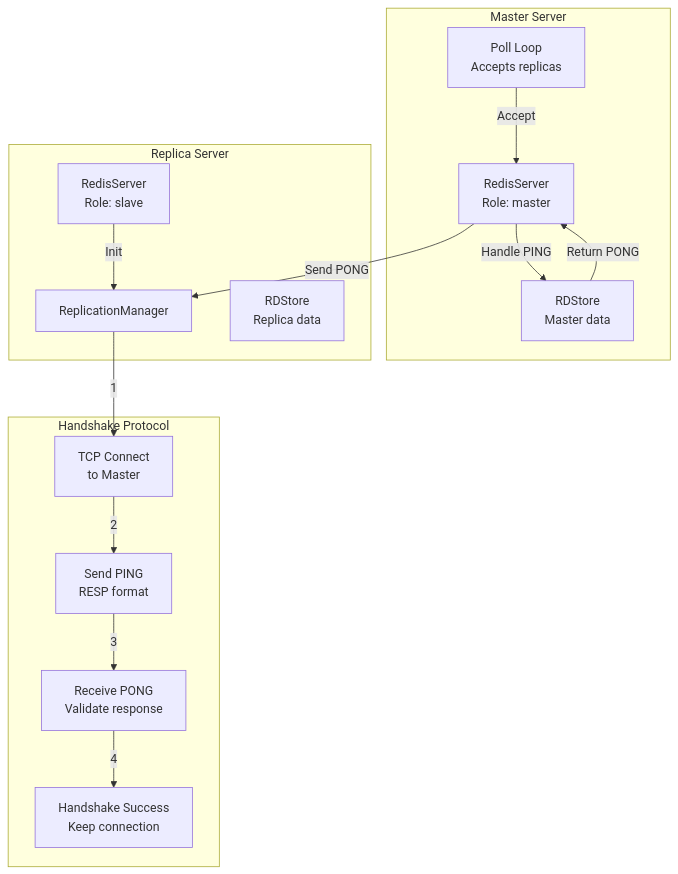
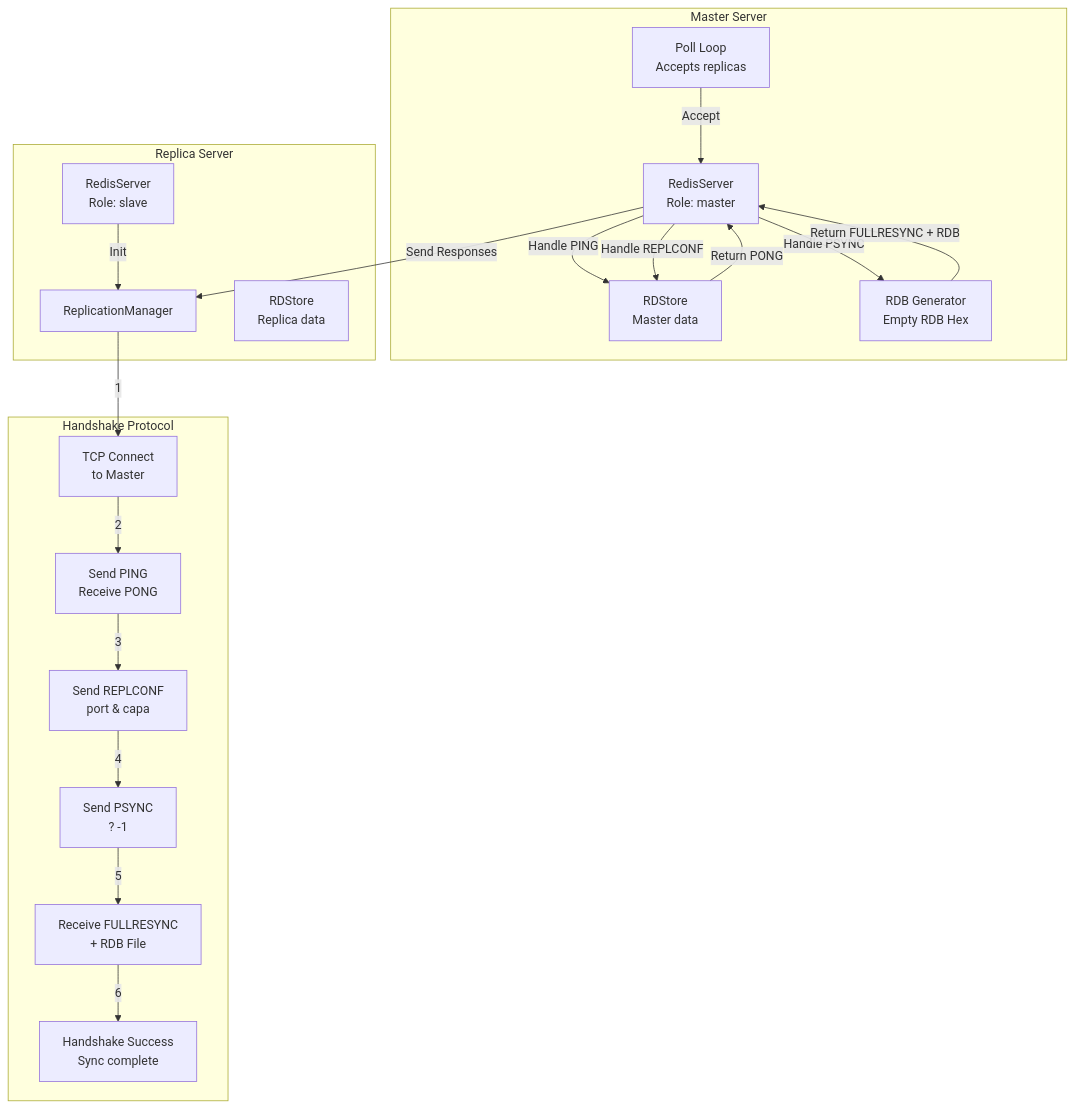
Before and after one commit to jsparrow08/redis-cpp: diagram 11 of 11 in src/CURRENT_ARCHITECTURE.md, drawn with Mermaid. The commit also changed 12 other files, not shown here.

````diff
--- a/src/CURRENT_ARCHITECTURE.md
+++ b/src/CURRENT_ARCHITECTURE.md
@@ -327,32 +327,40 @@
 ```mermaid
 graph TB
     subgraph "Master Server"
         MASTER_SERVER["RedisServer<br/>Role: master"]
         MASTER_STORE["RDStore<br/>Master data"]
         MASTER_POLL["Poll Loop<br/>Accepts replicas"]
+        MASTER_RDB["RDB Generator<br/>Empty RDB Hex"]
     end
 
     subgraph "Replica Server"
         REPLICA_SERVER["RedisServer<br/>Role: slave"]
         REPLICA_MGR["ReplicationManager"]
         REPLICA_STORE["RDStore<br/>Replica data"]
     end
 
     subgraph "Handshake Protocol"
         CONNECT["TCP Connect<br/>to Master"]
-        SEND_PING["Send PING<br/>RESP format"]
-        RECV_PONG["Receive PONG<br/>Validate response"]
-        SUCCESS["Handshake Success<br/>Keep connection"]
+        SEND_PING["Send PING<br/>Receive PONG"]
+        SEND_REPLCONF["Send REPLCONF<br/>port & capa"]
+        SEND_PSYNC["Send PSYNC<br/>? -1"]
+        RECV_FULLRESYNC["Receive FULLRESYNC<br/>+ RDB File"]
+        SUCCESS["Handshake Success<br/>Sync complete"]
     end
 
     REPLICA_SERVER -->|Init| REPLICA_MGR
     REPLICA_MGR -->|1| CONNECT
     CONNECT -->|2| SEND_PING
-    SEND_PING -->|3| RECV_PONG
-    RECV_PONG -->|4| SUCCESS
+    SEND_PING -->|3| SEND_REPLCONF
+    SEND_REPLCONF -->|4| SEND_PSYNC
+    SEND_PSYNC -->|5| RECV_FULLRESYNC
+    RECV_FULLRESYNC -->|6| SUCCESS
 
     MASTER_POLL -->|Accept| MASTER_SERVER
     MASTER_SERVER -->|Handle PING| MASTER_STORE
     MASTER_STORE -->|Return PONG| MASTER_SERVER
-    MASTER_SERVER -->|Send PONG| REPLICA_MGR
+    MASTER_SERVER -->|Handle REPLCONF| MASTER_STORE
+    MASTER_SERVER -->|Handle PSYNC| MASTER_RDB
+    MASTER_RDB -->|Return FULLRESYNC + RDB| MASTER_SERVER
+    MASTER_SERVER -->|Send Responses| REPLICA_MGR
 ```
````
